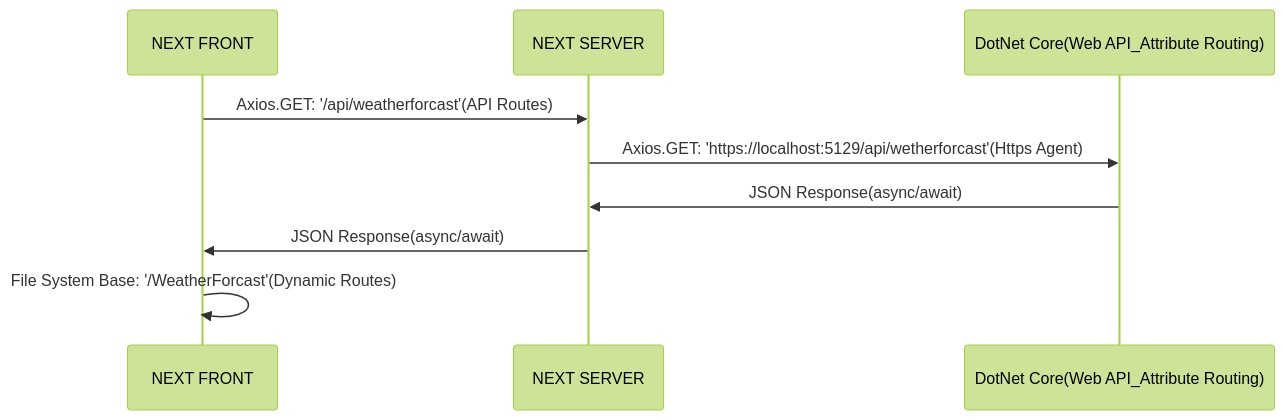
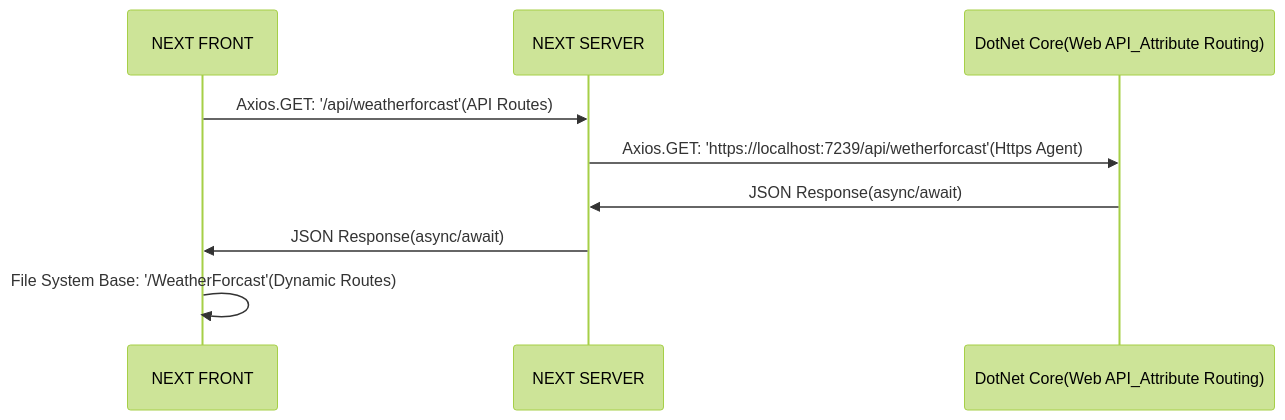
One commit to popCain/dotNetNEXT changed the diagram in README.md. Above: the diagram before and after it, drawn with Mermaid (forest theme).

````diff
--- a/README.md
+++ b/README.md
@@ -18,11 +18,11 @@
 ```mermaid
 sequenceDiagram
     participant NEXT FRONT
     participant NEXT SERVER
     participant DotNet Core(Web API_Attribute Routing)
     NEXT FRONT->>NEXT SERVER: Axios.GET: '/api/weatherforcast'(API Routes)
-    NEXT SERVER->>DotNet Core(Web API_Attribute Routing): Axios.GET: 'https://localhost:5129/api/wetherforcast'(Https Agent)
+    NEXT SERVER->>DotNet Core(Web API_Attribute Routing): Axios.GET: 'https://localhost:7239/api/wetherforcast'(Https Agent)
     DotNet Core(Web API_Attribute Routing)->>NEXT SERVER: JSON Response(async/await)
     NEXT SERVER->>NEXT FRONT: JSON Response(async/await)
     NEXT FRONT->>NEXT FRONT: File System Base: '/WeatherForcast'(Dynamic Routes)
 ```
````
